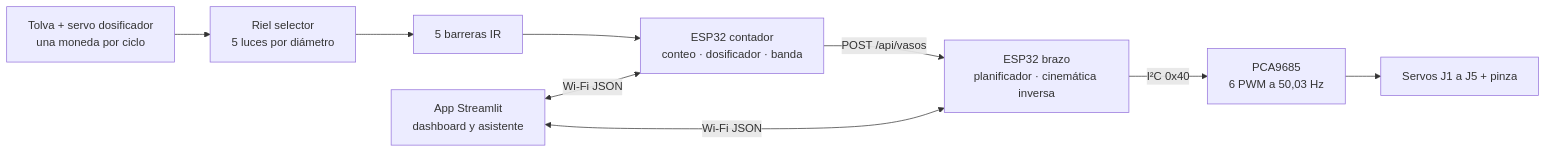
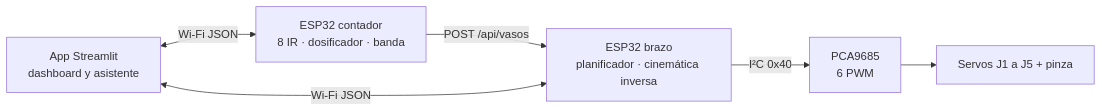
Before and after one commit to Johan-C777/coin-sorting-robot-pybullet: the second of 2 diagrams in README.md, drawn with Mermaid. The commit also changed other lines of this file and 68 other files, not shown here.

````diff
--- a/README.md
+++ b/README.md
@@ -53,17 +166,12 @@
 ```mermaid
 flowchart LR
-    TOL["Tolva + servo dosificador<br/>una moneda por ciclo"]
-    RIEL["Riel selector<br/>5 luces por diámetro"]
-    IR["5 barreras IR"]
-    C["ESP32 contador<br/>conteo · dosificador · banda"]
+    C["ESP32 contador<br/>8 IR · dosificador · banda"]
     B["ESP32 brazo<br/>planificador · cinemática inversa"]
-    PCA["PCA9685<br/>6 PWM a 50,03 Hz"]
+    PCA["PCA9685<br/>6 PWM"]
     SRV["Servos J1 a J5 + pinza"]
     APP["App Streamlit<br/>dashboard y asistente"]
-
-    TOL --> RIEL --> IR --> C
     C -->|"POST /api/vasos"| B
     APP <-->|"Wi-Fi JSON"| C
     APP <-->|"Wi-Fi JSON"| B
     B -->|"I²C 0x40"| PCA --> SRV
 ```
````
